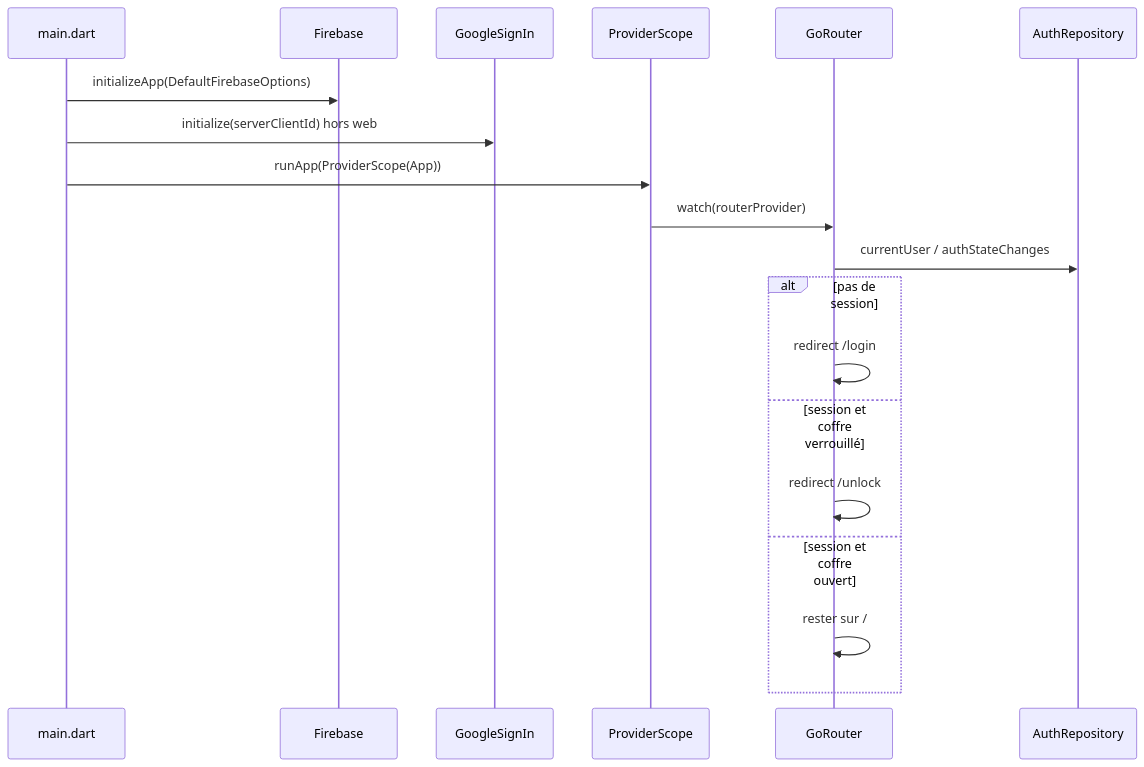
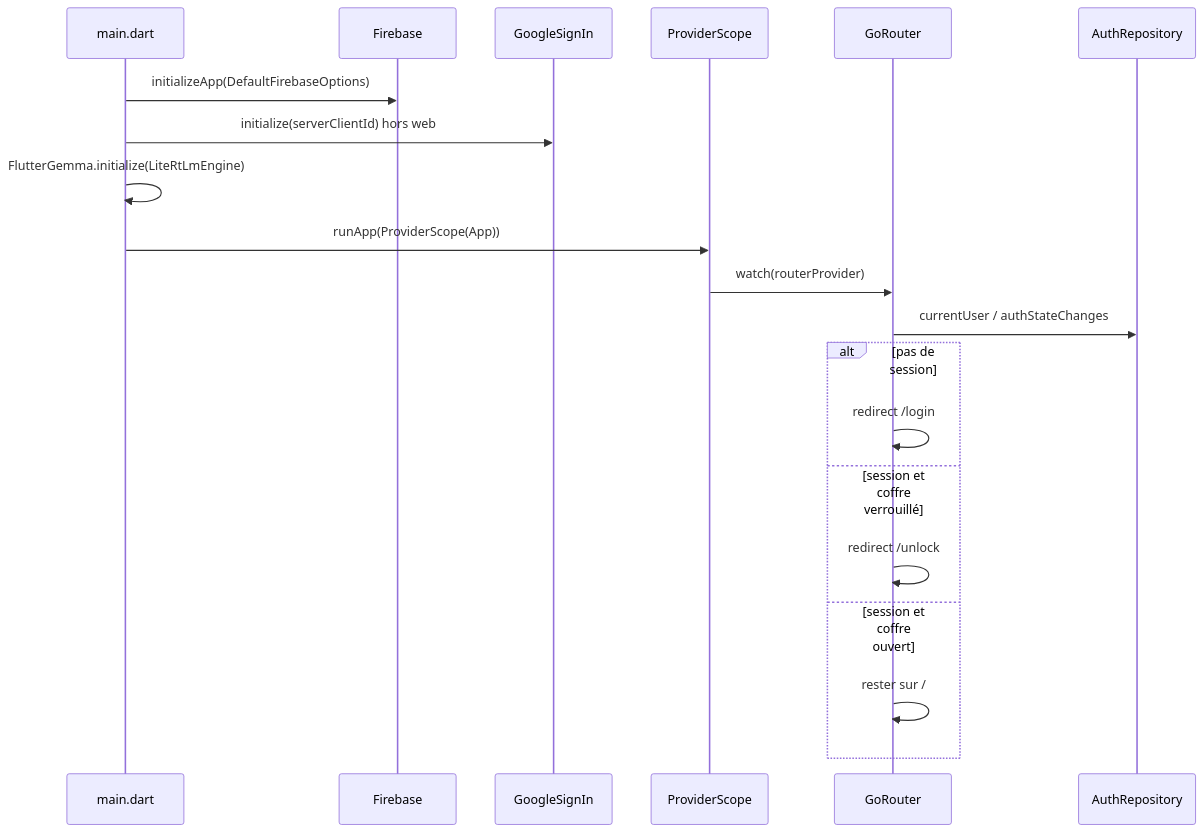
One commit to VictorSulivan/flutter_pwd_container changed the diagram in docs/architecture.md. Above: the diagram before and after it, drawn with Mermaid. The commit also changed other lines of this file and 24 other files, not shown here.

````diff
--- a/docs/architecture.md
+++ b/docs/architecture.md
@@ -7,22 +7,23 @@
 ```mermaid
 sequenceDiagram
   participant Main as main.dart
   participant Firebase
   participant Google as GoogleSignIn
   participant Scope as ProviderScope
   participant Router as GoRouter
   participant Auth as AuthRepository
 
   Main->>Firebase: initializeApp(DefaultFirebaseOptions)
   Main->>Google: initialize(serverClientId) hors web
+  Main->>Main: FlutterGemma.initialize(LiteRtLmEngine)
   Main->>Scope: runApp(ProviderScope(App))
   Scope->>Router: watch(routerProvider)
   Router->>Auth: currentUser / authStateChanges
   alt pas de session
     Router->>Router: redirect /login
   else session et coffre verrouillé
     Router->>Router: redirect /unlock
   else session et coffre ouvert
     Router->>Router: rester sur /
   end
 ```
````
